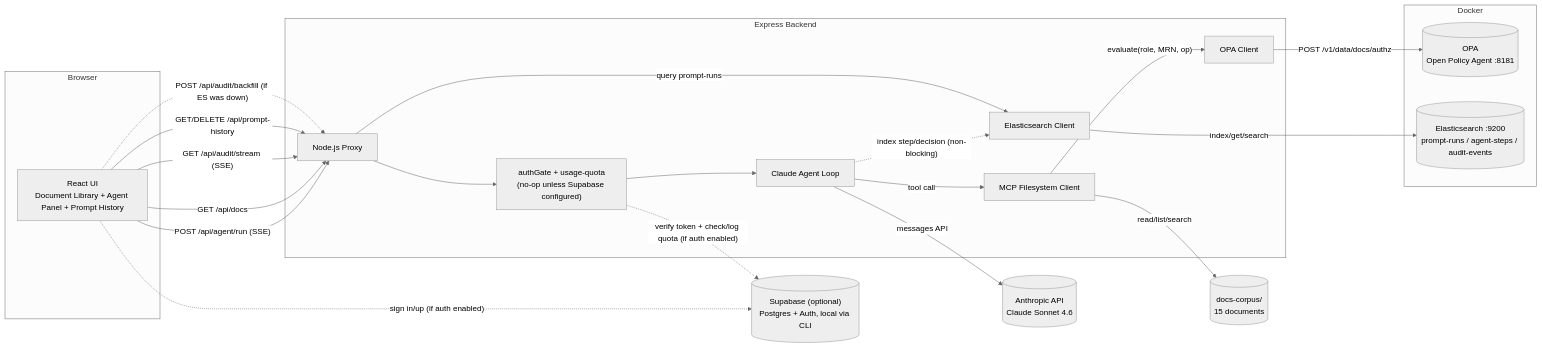
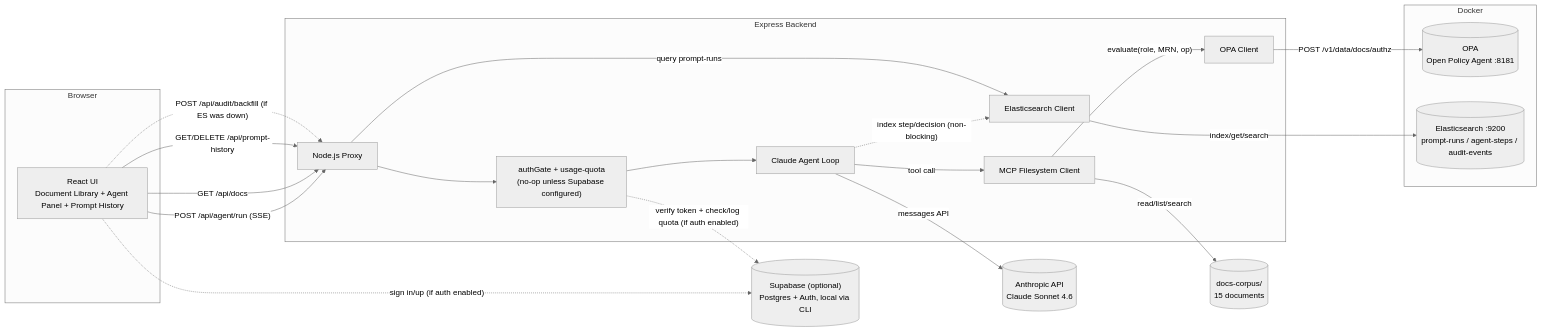
One commit to atulmi/manetu-document-hub changed the diagram in README.md. Above: the diagram before and after it, drawn with Mermaid (neutral theme). The commit also changed other lines of this file and 12 other files, not shown here.

````diff
--- a/README.md
+++ b/README.md
@@ -31,39 +31,38 @@
 ```mermaid
 graph LR
   subgraph Browser
     UI["React UI<br/>Document Library + Agent Panel + Prompt History"]
   end
   subgraph "Express Backend"
     API[Node.js Proxy]
     CLAUDE[Claude Agent Loop]
     OPA_CLIENT[OPA Client]
     FS_CLIENT[MCP Filesystem Client]
     ES_CLIENT[Elasticsearch Client]
     AUTH_GATE["authGate + usage-quota<br/>(no-op unless Supabase configured)"]
   end
   subgraph Docker
     OPA[("OPA<br/>Open Policy Agent :8181")]
     ES[("Elasticsearch :9200<br/>prompt-runs / agent-steps / audit-events")]
   end
   SUPABASE[("Supabase (optional)<br/>Postgres + Auth, local via CLI")]
   DOCS[("docs-corpus/<br/>15 documents")]
   ANTHROPIC[("Anthropic API<br/>Claude Sonnet 4.6")]
 
   UI -->|"POST /api/agent/run (SSE)"| API
   UI -->|"GET /api/docs"| API
-  UI -->|"GET /api/audit/stream (SSE)"| API
   UI -->|"GET/DELETE /api/prompt-history"| API
   UI -.->|"POST /api/audit/backfill (if ES was down)"| API
   UI -.->|"sign in/up (if auth enabled)"| SUPABASE
   API --> AUTH_GATE
   AUTH_GATE -.->|"verify token + check/log quota (if auth enabled)"| SUPABASE
   AUTH_GATE --> CLAUDE
   CLAUDE -->|"tool call"| FS_CLIENT
   FS_CLIENT -->|"evaluate(role, MRN, op)"| OPA_CLIENT
   OPA_CLIENT -->|"POST /v1/data/docs/authz"| OPA
   FS_CLIENT -->|"read/list/search"| DOCS
   CLAUDE -->|"messages API"| ANTHROPIC
   CLAUDE -.->|"index step/decision (non-blocking)"| ES_CLIENT
   API -->|"query prompt-runs"| ES_CLIENT
   ES_CLIENT -->|"index/get/search"| ES
 ```
````
